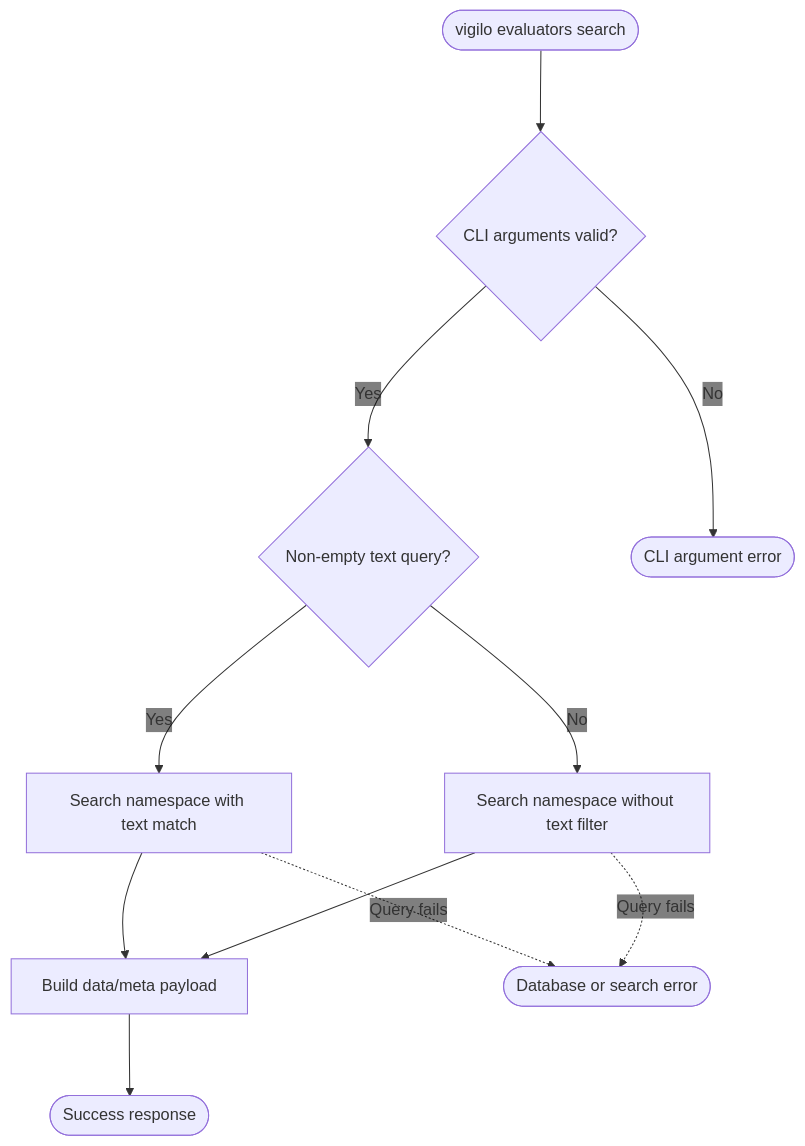
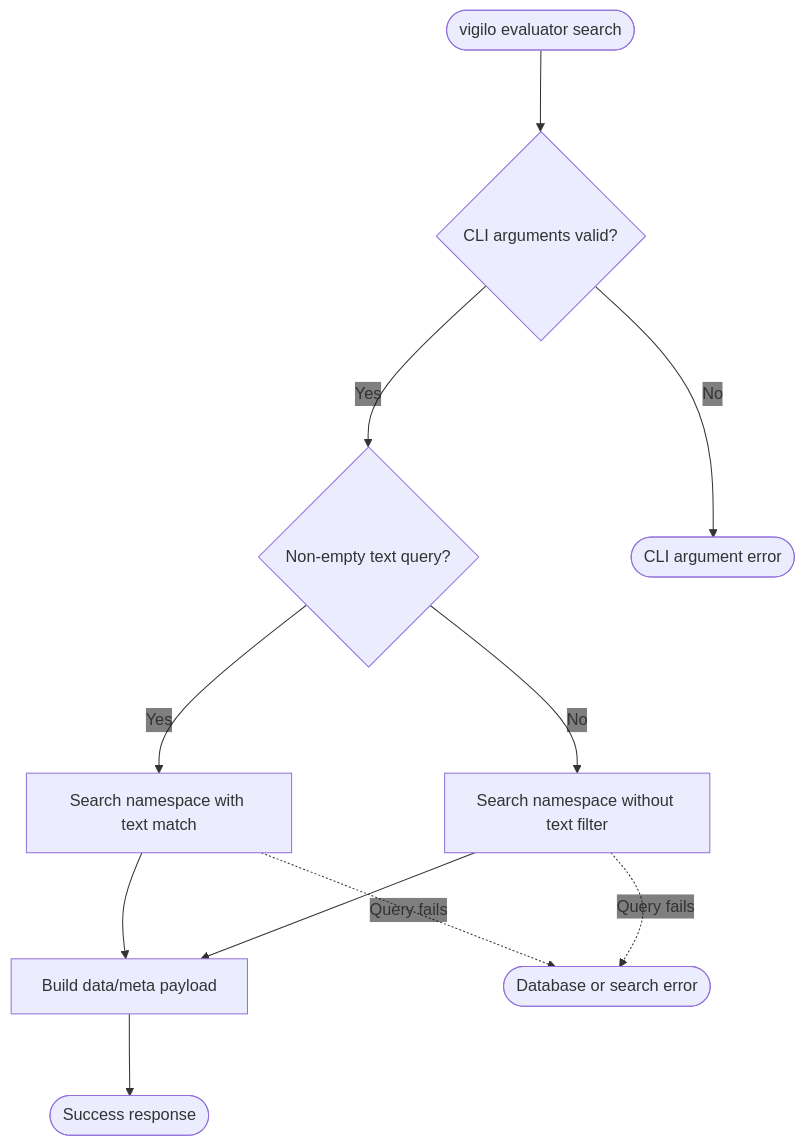
The diagram in web/docs/architecture/flows/evaluators/search/decision-flow.mmd (gregl83/agent-vigilo), drawn with Mermaid before and after one commit. The commit also changed 40 other files, not shown here.

```diff
--- a/web/docs/architecture/flows/evaluators/search/decision-flow.mmd
+++ b/web/docs/architecture/flows/evaluators/search/decision-flow.mmd
@@ -1,42 +1,42 @@
 ---
 config:
   flowchart:
     nodeSpacing: 150
     rankSpacing: 80
   themeVariables:
     edgeLabelBackground: 'transparent'
 ---
 flowchart TD
-    Start([vigilo evaluators search])
+    Start([vigilo evaluator search])
 
     Args{CLI arguments valid?}
     Query{Non-empty text query?}
 
     FilteredSearch[Search namespace with text match]
     NamespaceSearch[Search namespace without text filter]
     Payload[Build data/meta payload]
 
     Success([Success response])
 
     ArgsFail([CLI argument error])
     SearchFail([Database or search error])
 
     Start --> Args
 
     Args -- No --> ArgsFail
     Args -- Yes --> Query
 
     Query -- Yes --> FilteredSearch
     Query -- No --> NamespaceSearch
 
     FilteredSearch --> Payload
     NamespaceSearch --> Payload
 
     Payload --> Success
     FilteredSearch -. Query fails .-> SearchFail
     NamespaceSearch -. Query fails .-> SearchFail
 
     class Start command
     class Success success
     class Args,Query,FilteredSearch,NamespaceSearch,Payload system
     class ArgsFail,SearchFail error
```
